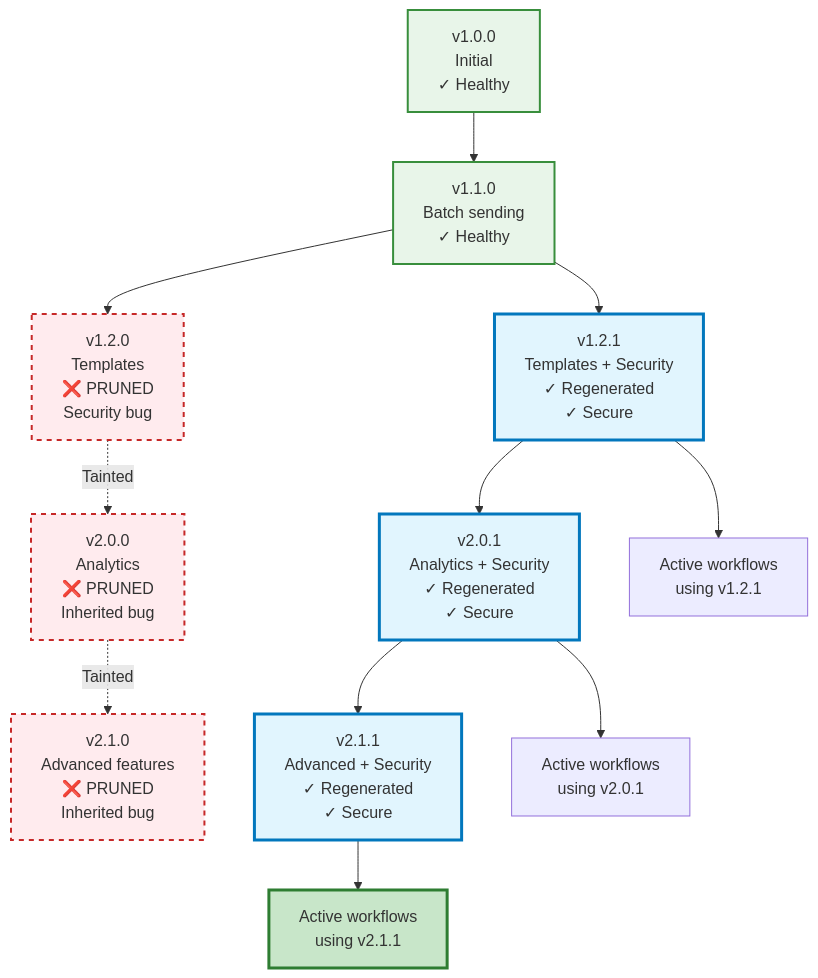
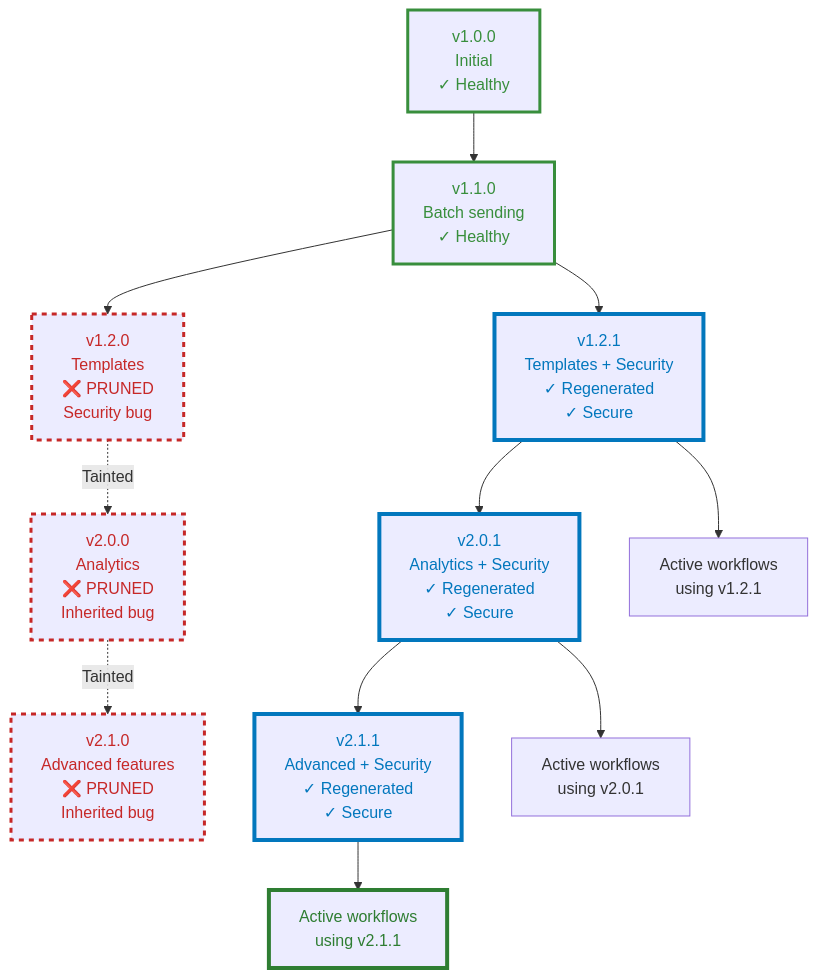
The third of 3 diagrams in Mostlylucid/Markdown/semanticintelligence-part10.md (Shaddix/mostlylucidweb), drawn with Mermaid before and after one commit. The commit also changed other lines of this file and 11 other files, not shown here.

First line of the commit message:
update: replace background fills with stroke styling in Mermaid diagrams

````diff
--- a/Mostlylucid/Markdown/semanticintelligence-part10.md
+++ b/Mostlylucid/Markdown/semanticintelligence-part10.md
@@ -887,27 +887,27 @@
 ```mermaid
 graph TB
     V10[v1.0.0<br/>Initial<br/>✓ Healthy] --> V11[v1.1.0<br/>Batch sending<br/>✓ Healthy]
 
     V11 --> V12[v1.2.0<br/>Templates<br/>❌ PRUNED<br/>Security bug]
     V11 --> V121[v1.2.1<br/>Templates + Security<br/>✓ Regenerated<br/>✓ Secure]
 
     V12 -.-> |Tainted| V20[v2.0.0<br/>Analytics<br/>❌ PRUNED<br/>Inherited bug]
     V121 --> V201[v2.0.1<br/>Analytics + Security<br/>✓ Regenerated<br/>✓ Secure]
 
     V20 -.-> |Tainted| V21[v2.1.0<br/>Advanced features<br/>❌ PRUNED<br/>Inherited bug]
     V201 --> V211[v2.1.1<br/>Advanced + Security<br/>✓ Regenerated<br/>✓ Secure]
 
     V121 --> Current1[Active workflows<br/>using v1.2.1]
     V201 --> Current2[Active workflows<br/>using v2.0.1]
     V211 --> Current3[Active workflows<br/>using v2.1.1]
 
-    style V10 fill:#e8f5e9,stroke:#388e3c,stroke-width:2px
-    style V11 fill:#e8f5e9,stroke:#388e3c,stroke-width:2px
-    style V12 fill:#ffebee,stroke:#c62828,stroke-width:2px,stroke-dasharray: 5 5
-    style V121 fill:#e1f5fe,stroke:#0277bd,stroke-width:3px
-    style V20 fill:#ffebee,stroke:#c62828,stroke-width:2px,stroke-dasharray: 5 5
-    style V201 fill:#e1f5fe,stroke:#0277bd,stroke-width:3px
-    style V21 fill:#ffebee,stroke:#c62828,stroke-width:2px,stroke-dasharray: 5 5
-    style V211 fill:#e1f5fe,stroke:#0277bd,stroke-width:3px
-    style Current3 fill:#c8e6c9,stroke:#2e7d32,stroke-width:3px
+    style V10 stroke:#388e3c,stroke-width:3px,color:#388e3c
+    style V11 stroke:#388e3c,stroke-width:3px,color:#388e3c
+    style V12 stroke:#c62828,stroke-width:3px,stroke-dasharray: 5 5,color:#c62828
+    style V121 stroke:#0277bd,stroke-width:4px,color:#0277bd
+    style V20 stroke:#c62828,stroke-width:3px,stroke-dasharray: 5 5,color:#c62828
+    style V201 stroke:#0277bd,stroke-width:4px,color:#0277bd
+    style V21 stroke:#c62828,stroke-width:3px,stroke-dasharray: 5 5,color:#c62828
+    style V211 stroke:#0277bd,stroke-width:4px,color:#0277bd
+    style Current3 stroke:#2e7d32,stroke-width:4px,color:#2e7d32
 ```
````
